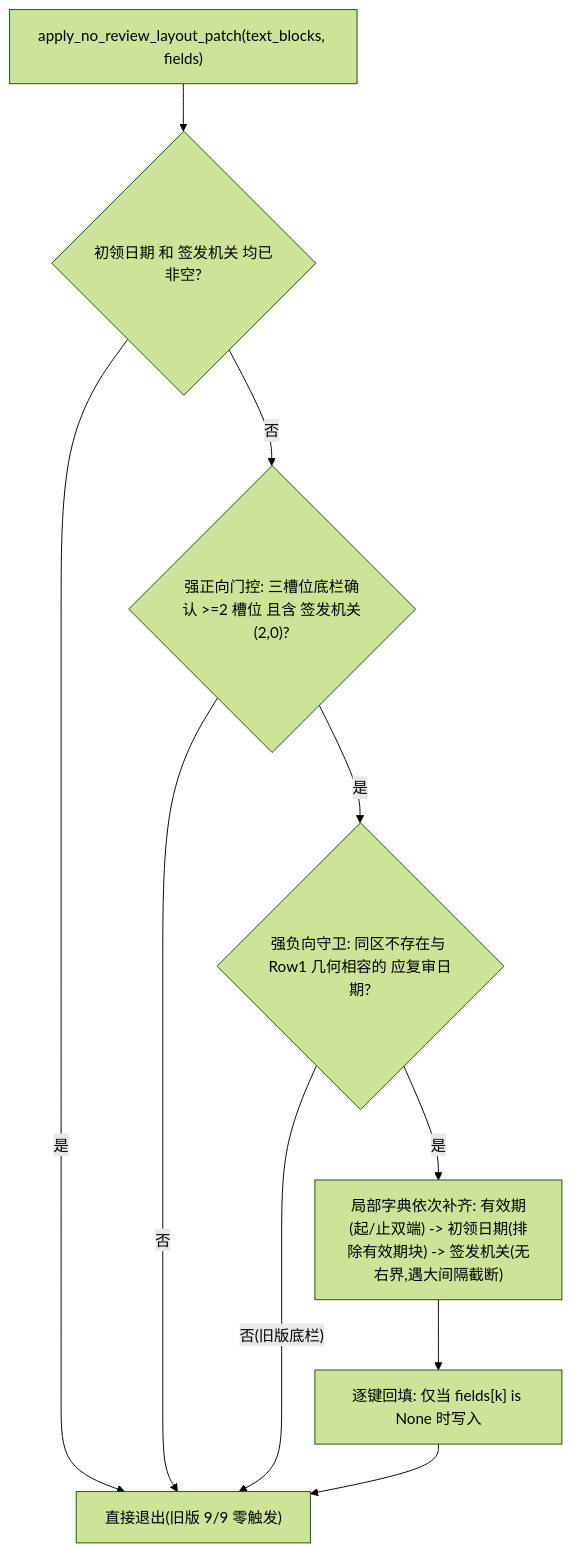
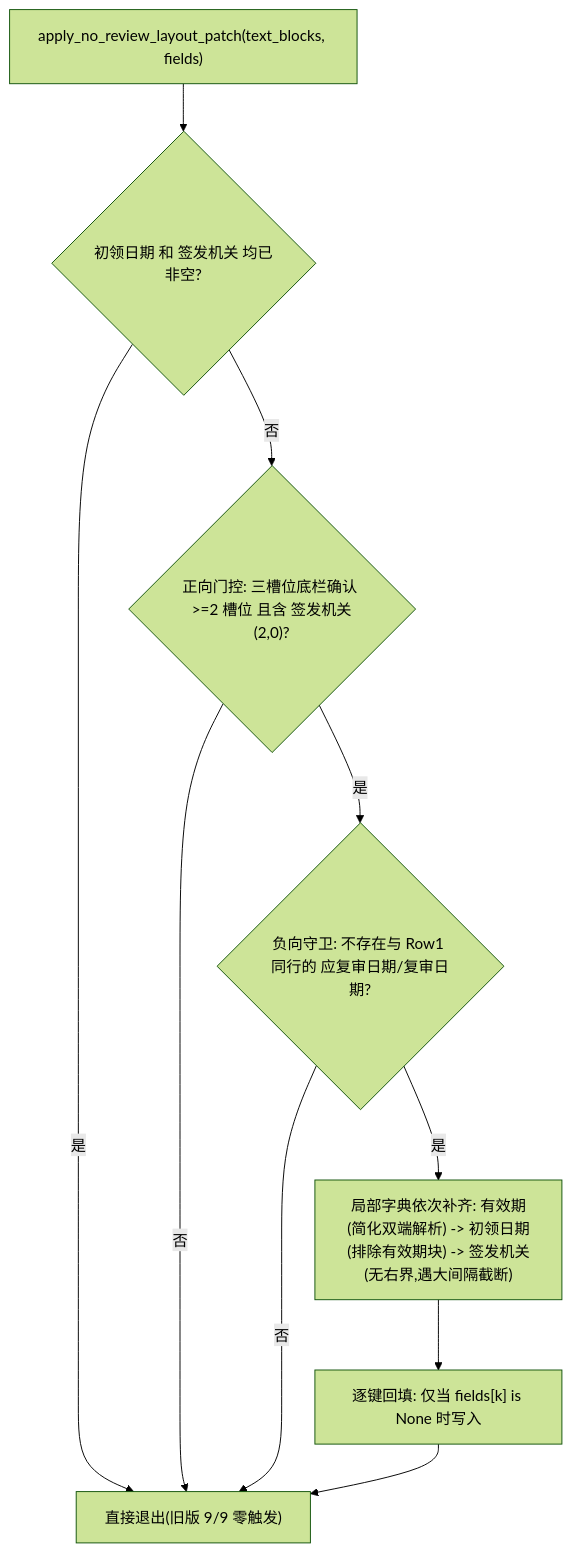
Before and after one commit to fukyor/ocr: the eighth of 14 diagrams in moduleDesign/moduledesign1.md, drawn with Mermaid (forest theme). The commit also changed other lines of this file and 2 other files, not shown here.

````diff
--- a/moduleDesign/moduledesign1.md
+++ b/moduleDesign/moduledesign1.md
@@ -584,12 +601,12 @@
 ```mermaid
 flowchart TD
     In["apply_no_review_layout_patch(text_blocks, fields)"] --> QuickExit{"初领日期 和 签发机关 均已非空?"}
     QuickExit -- "是" --> Done["直接退出(旧版 9/9 零触发)"]
-    QuickExit -- "否" --> PosGate{"强正向门控: 三槽位底栏确认 >=2 槽位 且含 签发机关(2,0)?"}
+    QuickExit -- "否" --> PosGate{"正向门控: 三槽位底栏确认 >=2 槽位 且含 签发机关(2,0)?"}
     PosGate -- "否" --> Done
-    PosGate -- "是" --> NegGate{"强负向守卫: 同区不存在与 Row1 几何相容的 应复审日期?"}
-    NegGate -- "否(旧版底栏)" --> Done
-    NegGate -- "是" --> Extract["局部字典依次补齐: 有效期(起/止双端) -> 初领日期(排除有效期块) -> 签发机关(无右界,遇大间隔截断)"]
+    PosGate -- "是" --> NegGate{"负向守卫: 不存在与 Row1 同行的 应复审日期/复审日期?"}
+    NegGate -- "否" --> Done
+    NegGate -- "是" --> Extract["局部字典依次补齐: 有效期(简化双端解析) -> 初领日期(排除有效期块) -> 签发机关(无右界,遇大间隔截断)"]
     Extract --> FillOnly["逐键回填: 仅当 fields[k] is None 时写入"]
     FillOnly --> Done
 ```
````
